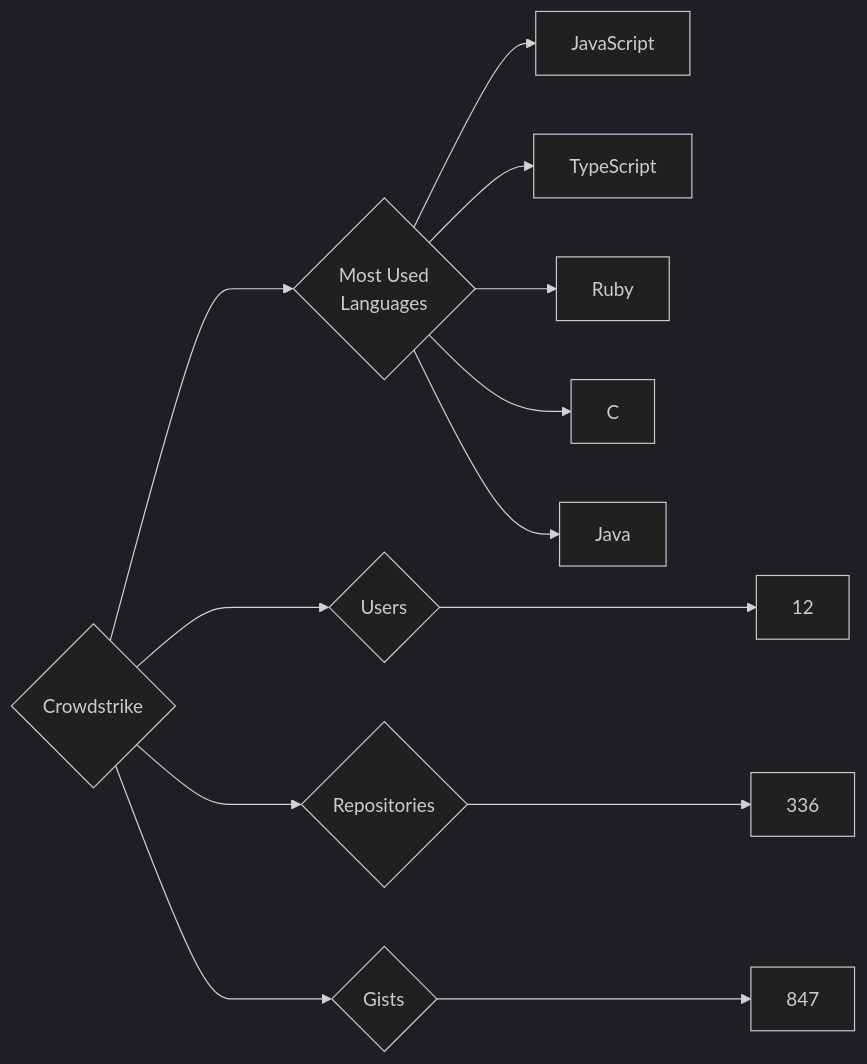
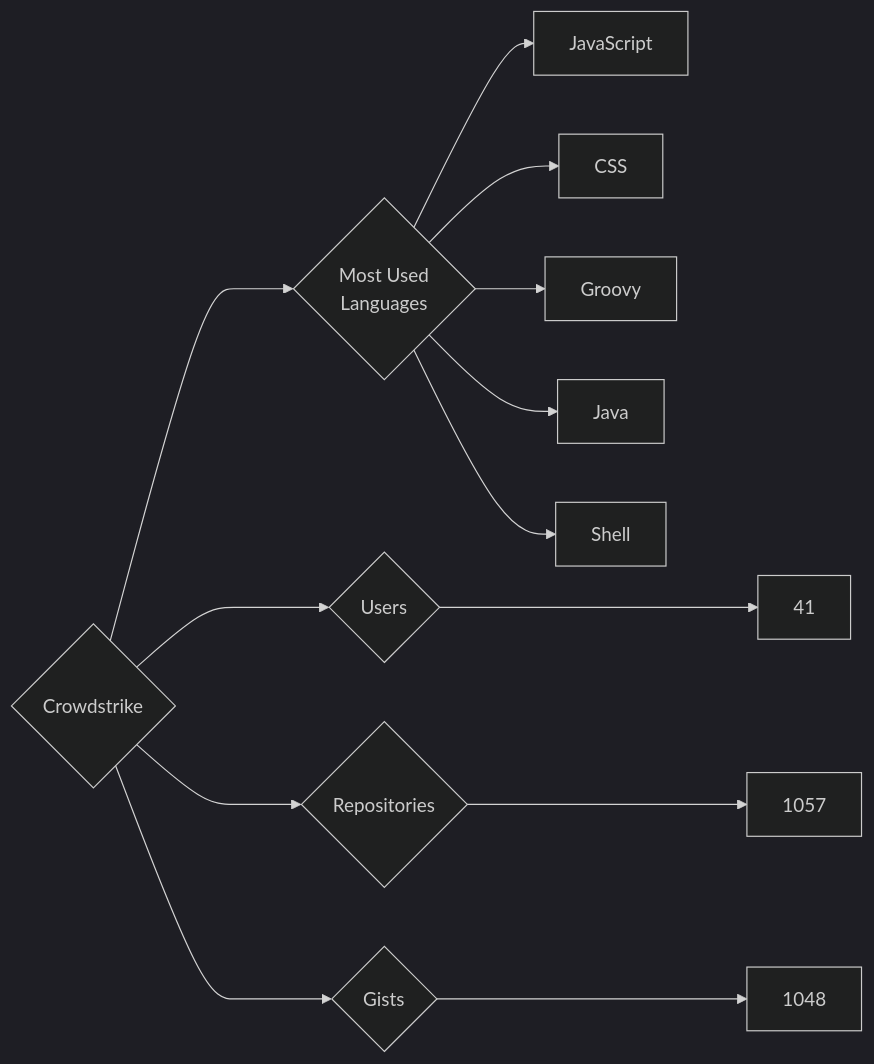
One commit to trickest/insiders changed the diagram in targets/Crowdstrike/README.md. Above: the diagram before and after it, drawn with Mermaid (dark theme). The commit also changed 861 other files, not shown here.

````diff
--- a/targets/Crowdstrike/README.md
+++ b/targets/Crowdstrike/README.md
@@ -3,13 +3,13 @@
 ```mermaid
 graph LR
 COMPANY_NAME{Crowdstrike}
-COMPANY_NAME ---> U{Users} ---> UN[12]
-COMPANY_NAME ---> R{Repositories} ---> RN[336]
-COMPANY_NAME ---> G{Gists} ---> GN[847]
+COMPANY_NAME ---> U{Users} ---> UN[41]
+COMPANY_NAME ---> R{Repositories} ---> RN[1057]
+COMPANY_NAME ---> G{Gists} ---> GN[1048]
 COMPANY_NAME ---> ML{Most Used<br>Languages}
 ML --> JavaScript[JavaScript]
-ML --> TypeScript[TypeScript]
-ML --> Ruby[Ruby]
-ML --> C[C]
+ML --> CSS[CSS]
+ML --> Groovy[Groovy]
 ML --> Java[Java]
+ML --> Shell[Shell]
 ```
````
